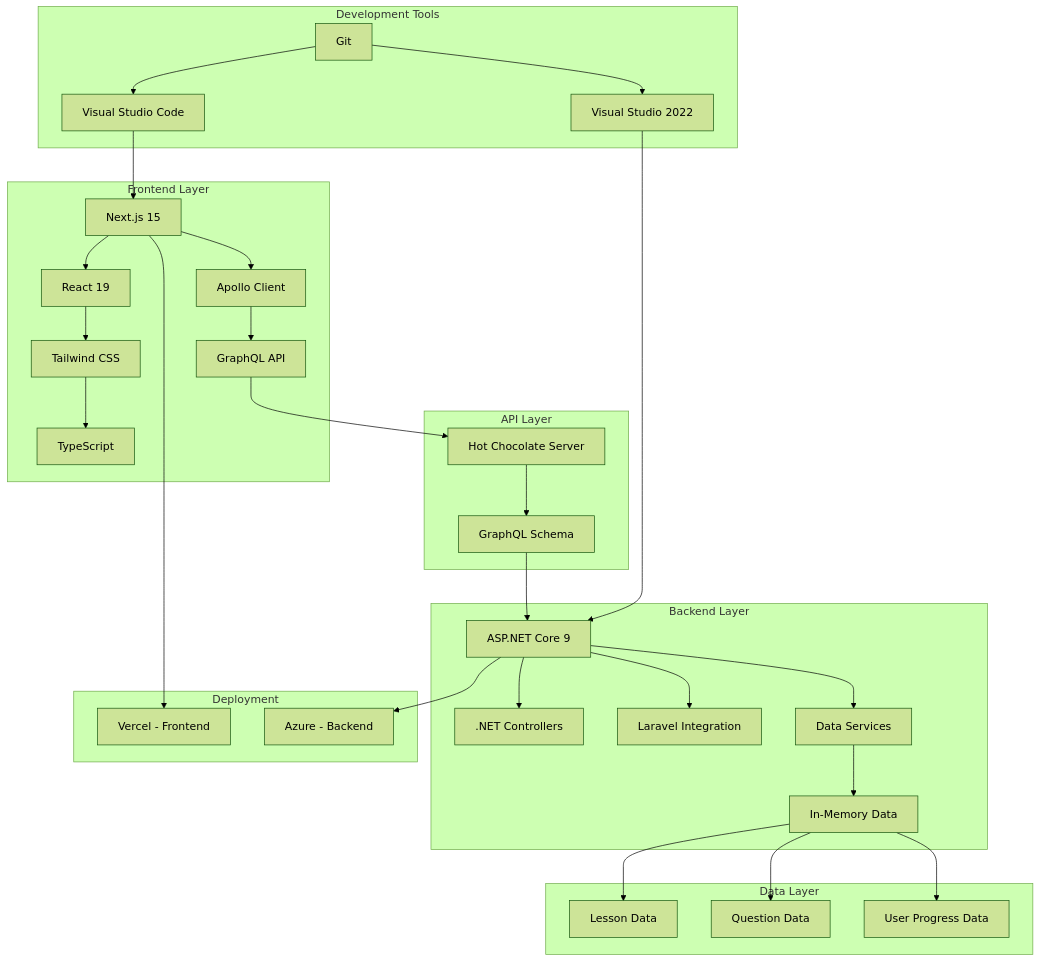
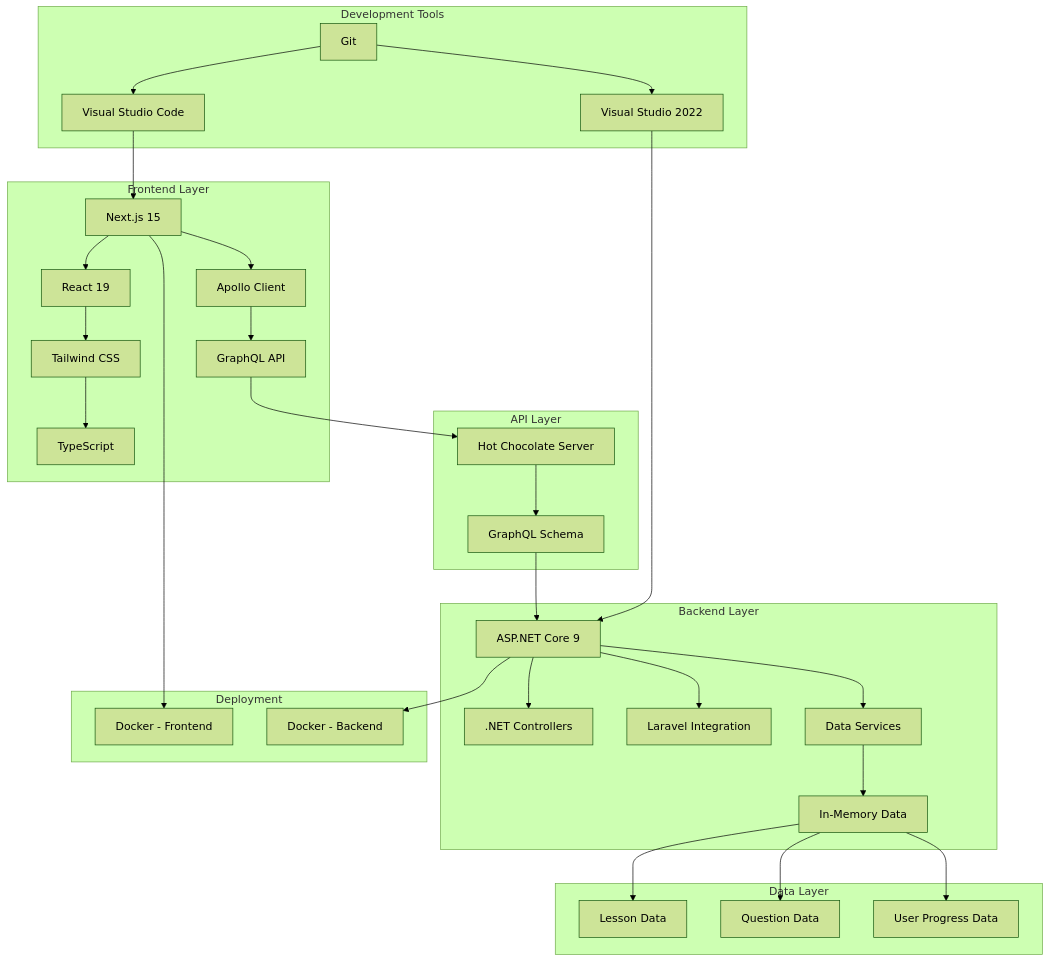
Before and after one commit to ErikVeland/dotNETQuiz: the diagram in README.md, drawn with Mermaid (forest theme). The commit also changed other lines of this file and 39 other files, not shown here.

````diff
--- a/README.md
+++ b/README.md
@@ -39,46 +39,46 @@
 ```mermaid
 graph TB
     subgraph "Frontend Layer"
         A[Next.js 15] --> B[React 19]
         B --> C[Tailwind CSS]
         C --> D[TypeScript]
         A --> E[Apollo Client]
         E --> F[GraphQL API]
     end
     
     subgraph "API Layer"
         F[GraphQL API] --> G[Hot Chocolate Server]
         G --> H[GraphQL Schema]
     end
     
     subgraph "Backend Layer"
         H[GraphQL Schema] --> I[ASP.NET Core 9]
         I --> J[.NET Controllers]
         I --> K[Laravel Integration]
         I --> L[Data Services]
         L --> M[In-Memory Data]
     end
     
     subgraph "Data Layer"
         M[In-Memory Data] --> N[Lesson Data]
         M --> O[Question Data]
         M --> P[User Progress Data]
     end
     
     subgraph "Development Tools"
         Q[Visual Studio Code]
         R[Visual Studio 2022]
         S[Git]
     end
     
     subgraph "Deployment"
-        T[Vercel - Frontend]
-        U[Azure - Backend]
+        T[Docker - Frontend]
+        U[Docker - Backend]
     end
     
     A --> T
     I --> U
     Q --> A
     R --> I
     S --> Q & R
 ```
````
